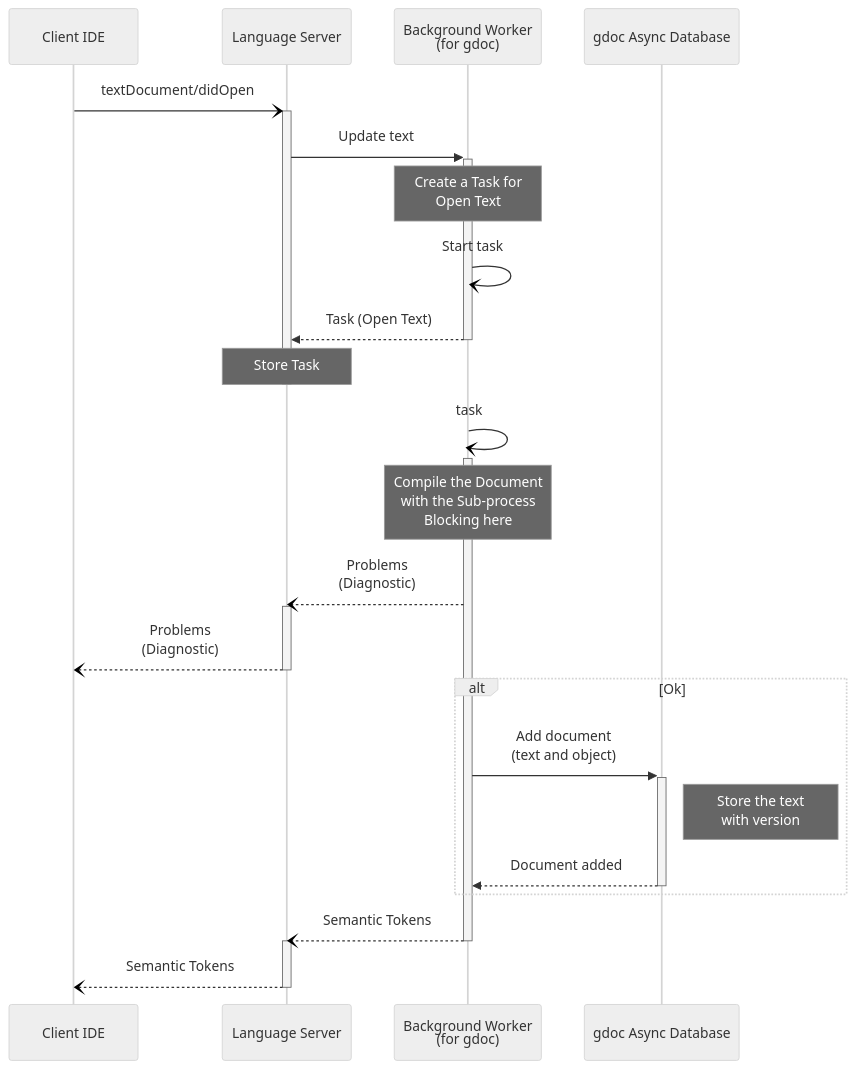
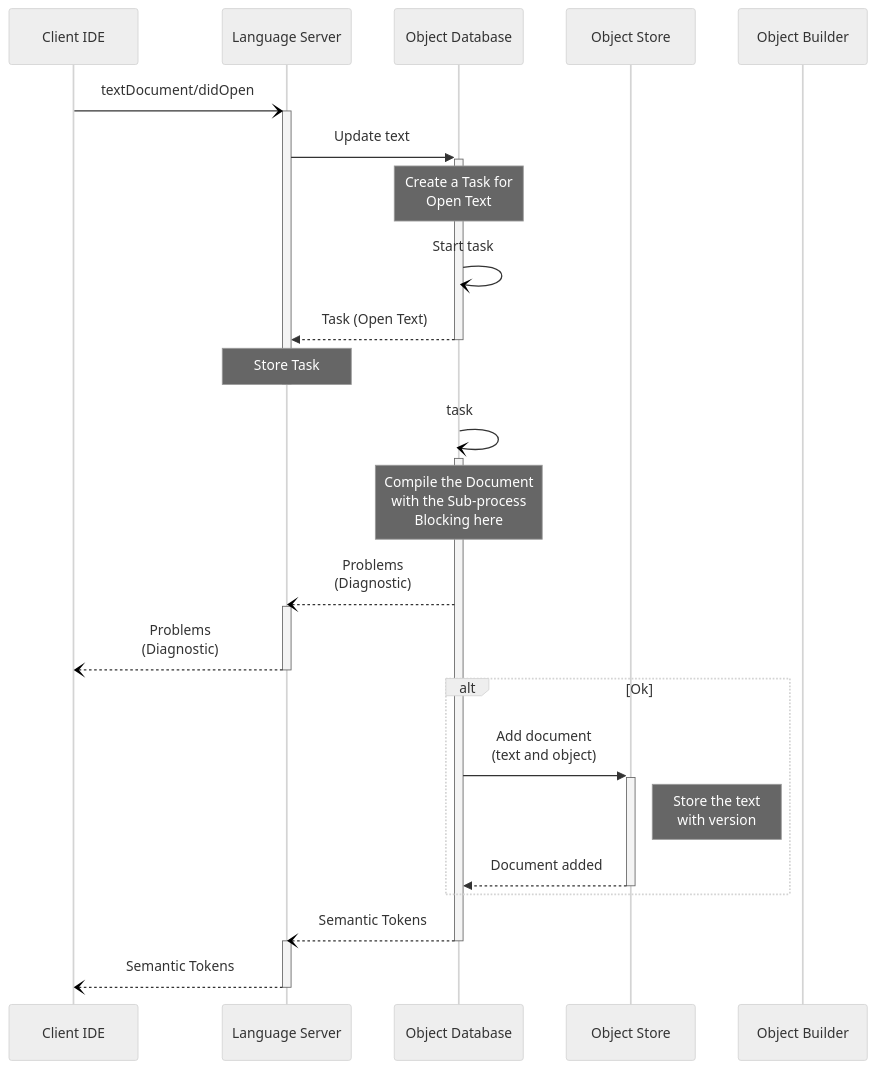
One commit to tyskdm/gdoc changed the third of 5 diagrams in docs/ArchitecturalDesign/gdocServer/LanguageServer.md. Above: the diagram before and after it, drawn with Mermaid (neutral theme). The commit also changed other lines of this file, not shown here.

Commit message:
refactor: Update sequence diagrams to replace Background Worker and gdoc Async Database with Object Database and Object Store

````diff
--- a/docs/ArchitecturalDesign/gdocServer/LanguageServer.md
+++ b/docs/ArchitecturalDesign/gdocServer/LanguageServer.md
@@ -236,31 +238,32 @@
 ```mermaid
 sequenceDiagram
   participant IDE as Client IDE
   participant LS as Language Server
-  participant Worker as Background Worker<br>(for gdoc)
-  participant DB as gdoc Async Database
+  participant ODB as Object Database
+  participant OBJ as Object Store
+  participant BLD as Object Builder
 
   IDE -) +LS: textDocument/didOpen
-    LS ->> +Worker: Update text
-      Note over Worker: Create a Task for<br>Open Text
-      Worker -) Worker: Start task
-    Worker -->> -LS: Task (Open Text)
+    LS ->> +ODB: Update text
+      Note over ODB: Create a Task for<br>Open Text
+      ODB -) ODB: Start task
+    ODB -->> -LS: Task (Open Text)
     Note over LS: Store Task
     deactivate LS
     %
-    Worker -) +Worker: task
-    Note over Worker: Compile the Document<br>with the Sub-process<br>Blocking here
-    Worker --) LS: Problems<br>(Diagnostic)
+    ODB -) +ODB: task
+    Note over ODB: Compile the Document<br>with the Sub-process<br>Blocking here
+    ODB --) LS: Problems<br>(Diagnostic)
       activate LS
       LS --) IDE: Problems<br>(Diagnostic)
       deactivate LS
     alt Ok
-      Worker ->> +DB: Add document<br>(text and object)
-      Note right of DB: Store the text<br>with version
-      DB -->> -Worker: Document added
+      ODB ->> +OBJ: Add document<br>(text and object)
+      Note right of OBJ: Store the text<br>with version
+      OBJ -->> -ODB: Document added
     end
-    Worker --) -LS: Semantic Tokens
+    ODB --) -LS: Semantic Tokens
       activate LS
       LS --) IDE: Semantic Tokens
       deactivate LS
 ```
````
